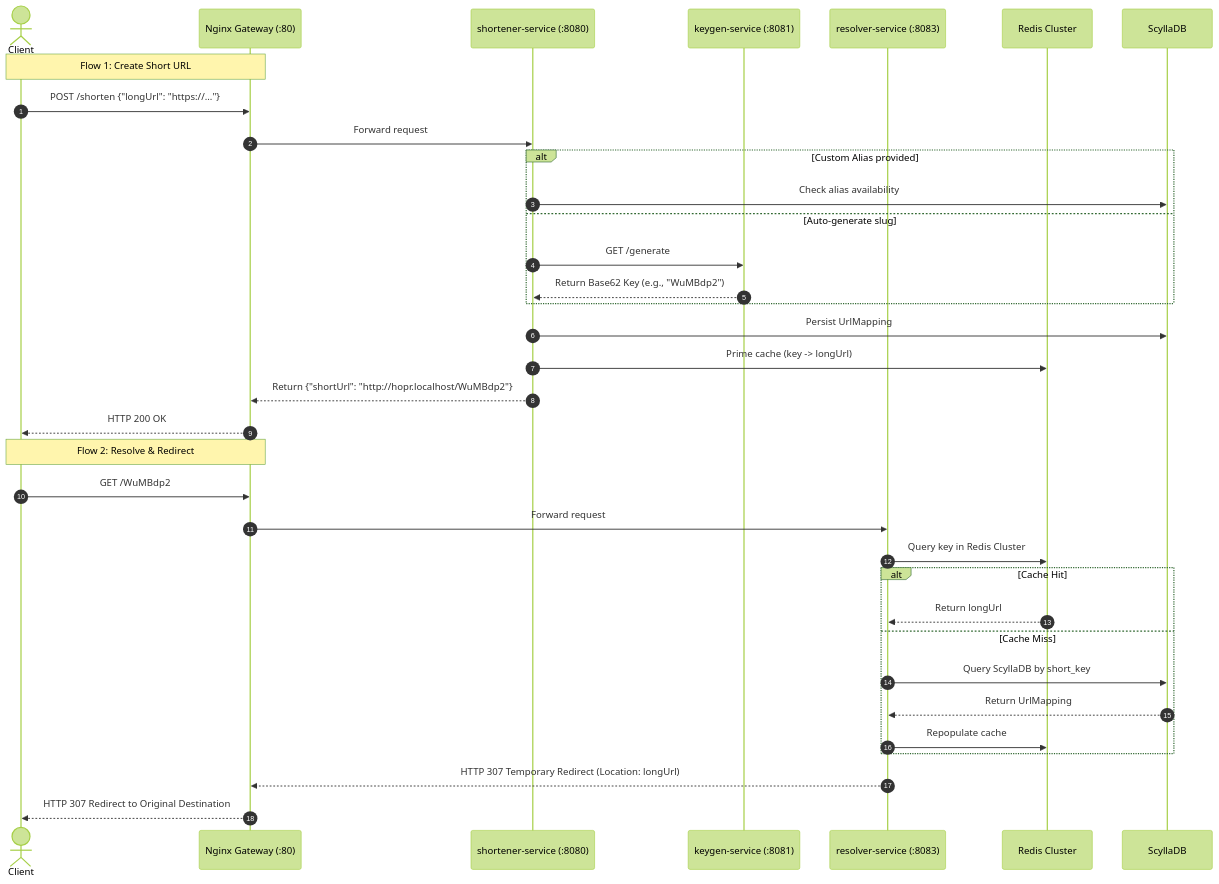
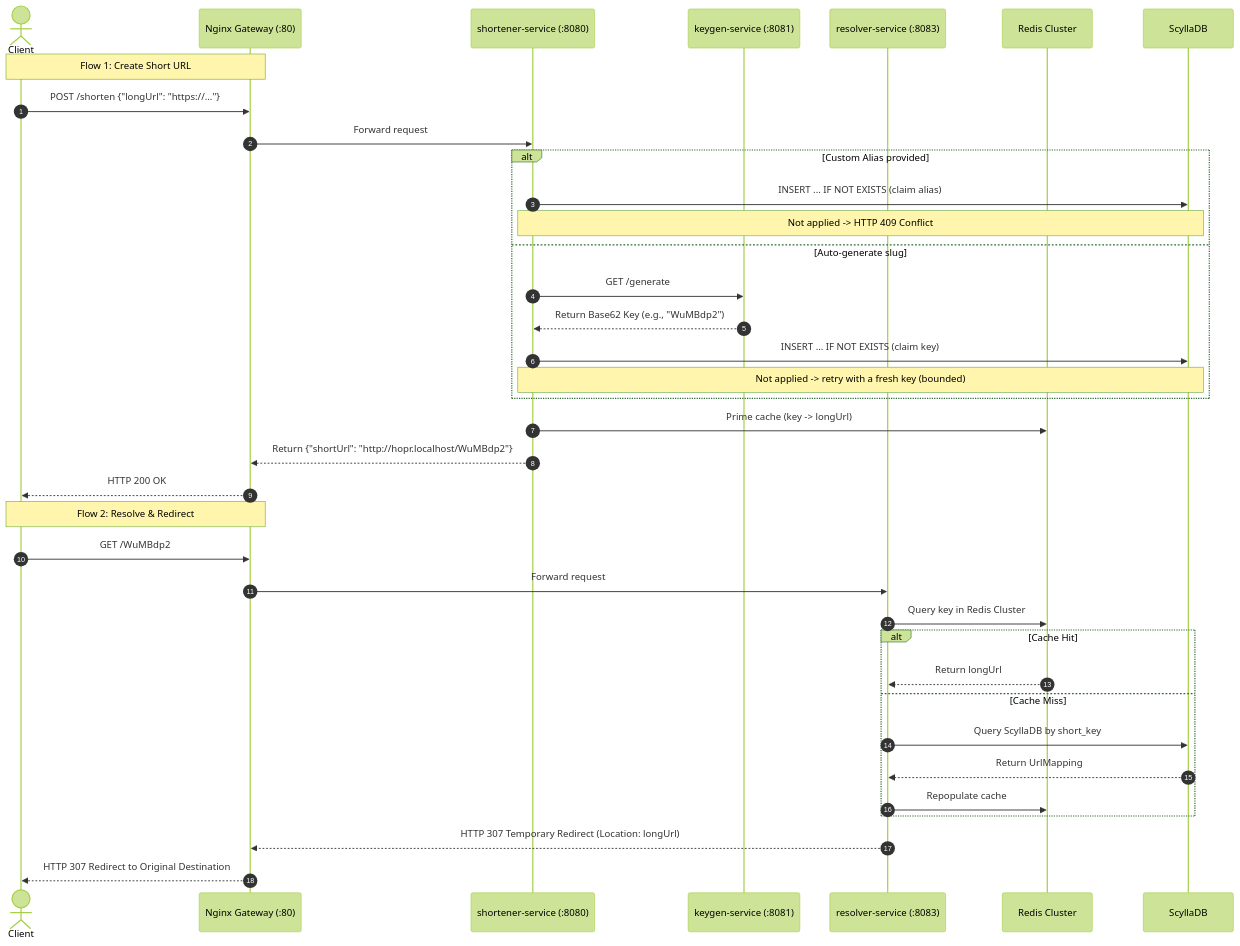
One commit to pcaokhai/Hopr changed the second of 2 diagrams in README.md. Above: the diagram before and after it, drawn with Mermaid (forest theme). The commit also changed 13 other files, not shown here.

First line of the commit message:
fix(shortener-service): close alias creation race with INSERT ... IF NOT EXISTS (#11)

````diff
--- a/README.md
+++ b/README.md
@@ -89,39 +89,41 @@
 ```mermaid
 sequenceDiagram
     autonumber
     actor User as Client
     participant GW as Nginx Gateway (:80)
     participant SS as shortener-service (:8080)
     participant KS as keygen-service (:8081)
     participant RS as resolver-service (:8083)
     participant RC as Redis Cluster
     participant DB as ScyllaDB
 
     Note over User, GW: Flow 1: Create Short URL
     User->>GW: POST /shorten {"longUrl": "https://..."}
     GW->>SS: Forward request
     alt Custom Alias provided
-        SS->>DB: Check alias availability
+        SS->>DB: INSERT ... IF NOT EXISTS (claim alias)
+        Note over SS, DB: Not applied -> HTTP 409 Conflict
     else Auto-generate slug
         SS->>KS: GET /generate
         KS-->>SS: Return Base62 Key (e.g., "WuMBdp2")
+        SS->>DB: INSERT ... IF NOT EXISTS (claim key)
+        Note over SS, DB: Not applied -> retry with a fresh key (bounded)
     end
-    SS->>DB: Persist UrlMapping
     SS->>RC: Prime cache (key -> longUrl)
     SS-->>GW: Return {"shortUrl": "http://hopr.localhost/WuMBdp2"}
     GW-->>User: HTTP 200 OK
 
     Note over User, GW: Flow 2: Resolve & Redirect
     User->>GW: GET /WuMBdp2
     GW->>RS: Forward request
     RS->>RC: Query key in Redis Cluster
     alt Cache Hit
         RC-->>RS: Return longUrl
     else Cache Miss
         RS->>DB: Query ScyllaDB by short_key
         DB-->>RS: Return UrlMapping
         RS->>RC: Repopulate cache
     end
     RS-->>GW: HTTP 307 Temporary Redirect (Location: longUrl)
     GW-->>User: HTTP 307 Redirect to Original Destination
 ```
````
